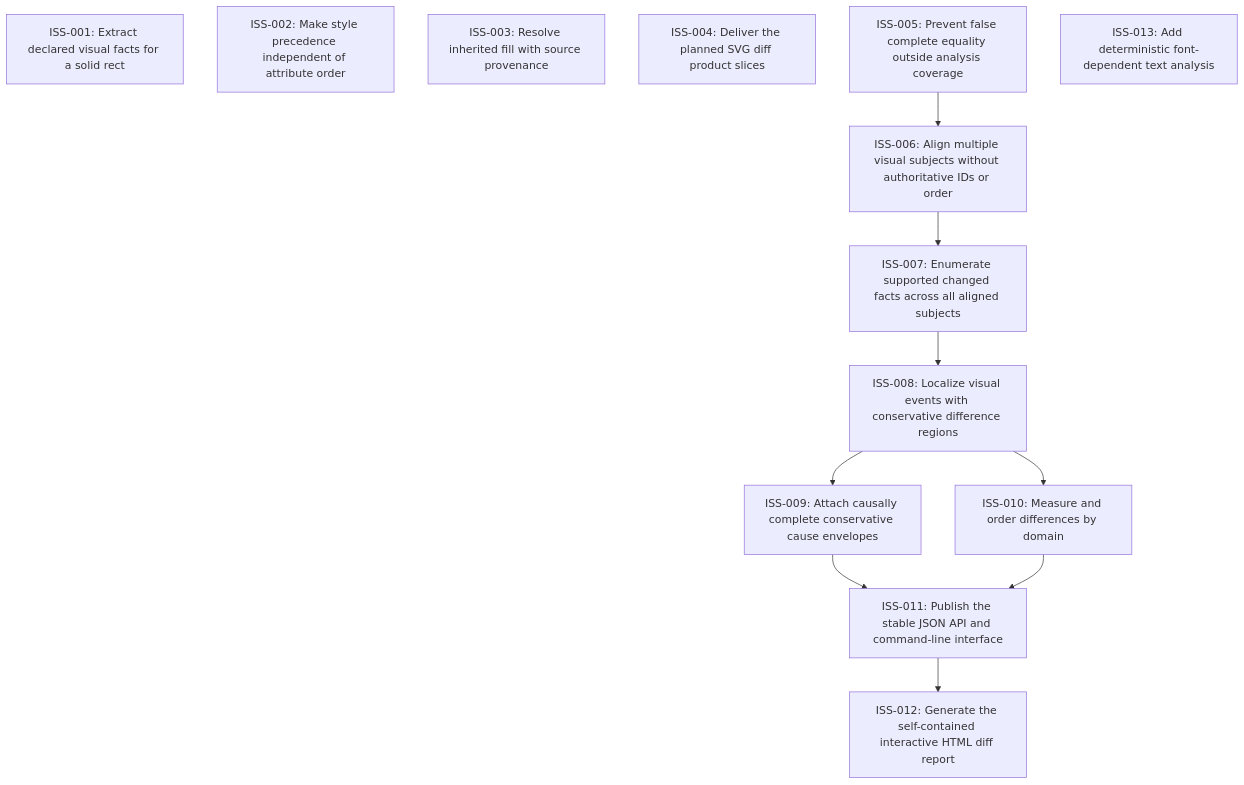
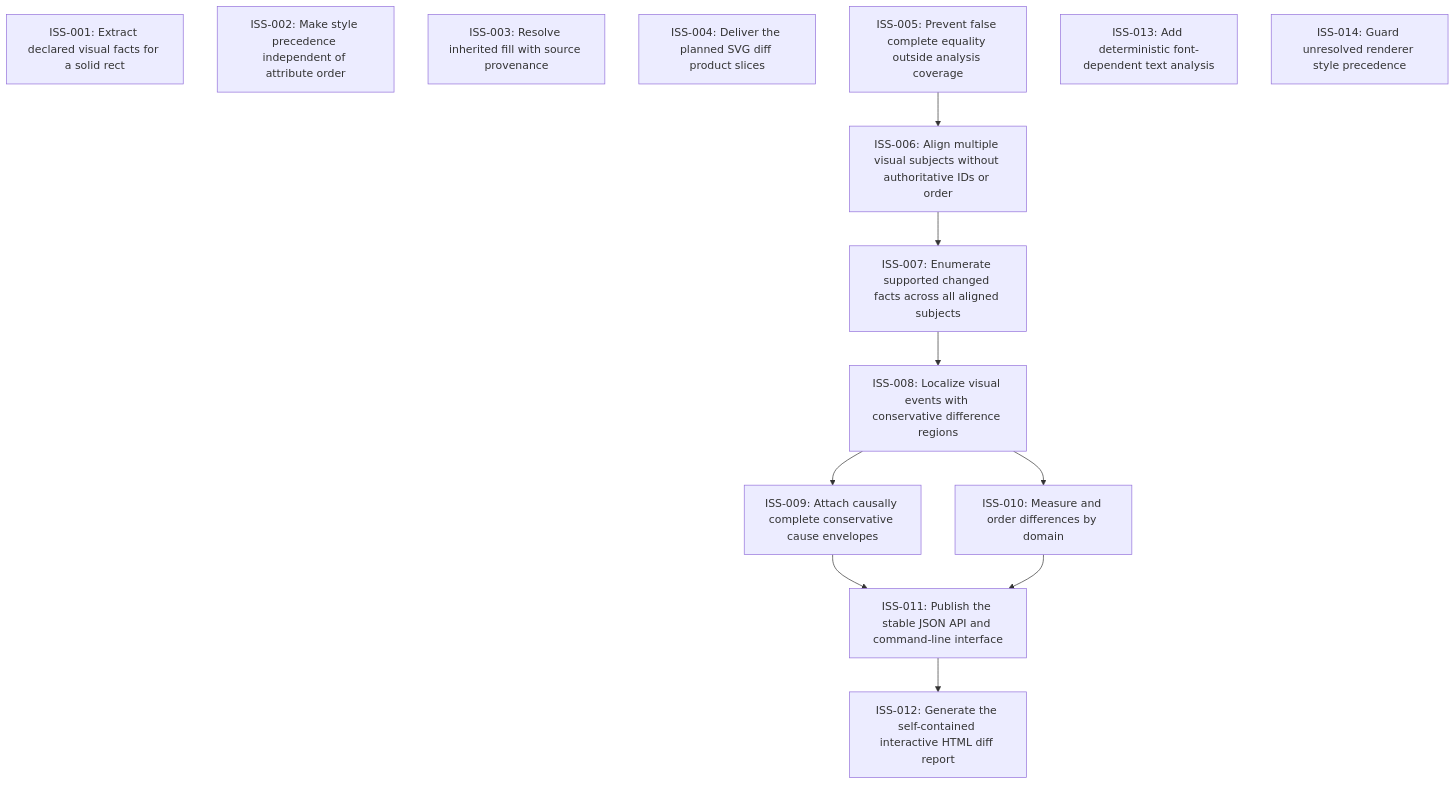
One commit to moonbit-community/svgdiff changed the diagram in issues/README.md. Above: the diagram before and after it, drawn with Mermaid. The commit also changed 4 other files, not shown here.

Commit message:
Guard unresolved SVG style precedence

````diff
--- a/issues/README.md
+++ b/issues/README.md
@@ -19,24 +19,25 @@
 ```mermaid
 graph TD
   ISS_001["ISS-001: Extract declared visual facts for a solid rect"]
   ISS_002["ISS-002: Make style precedence independent of attribute order"]
   ISS_003["ISS-003: Resolve inherited fill with source provenance"]
   ISS_004["ISS-004: Deliver the planned SVG diff product slices"]
   ISS_005["ISS-005: Prevent false complete equality outside analysis coverage"]
   ISS_006["ISS-006: Align multiple visual subjects without authoritative IDs or order"]
   ISS_007["ISS-007: Enumerate supported changed facts across all aligned subjects"]
   ISS_008["ISS-008: Localize visual events with conservative difference regions"]
   ISS_009["ISS-009: Attach causally complete conservative cause envelopes"]
   ISS_010["ISS-010: Measure and order differences by domain"]
   ISS_011["ISS-011: Publish the stable JSON API and command-line interface"]
   ISS_012["ISS-012: Generate the self-contained interactive HTML diff report"]
   ISS_013["ISS-013: Add deterministic font-dependent text analysis"]
+  ISS_014["ISS-014: Guard unresolved renderer style precedence"]
   ISS_005 --> ISS_006
   ISS_006 --> ISS_007
   ISS_007 --> ISS_008
   ISS_008 --> ISS_009
   ISS_008 --> ISS_010
   ISS_009 --> ISS_011
   ISS_010 --> ISS_011
   ISS_011 --> ISS_012
 ```
````
